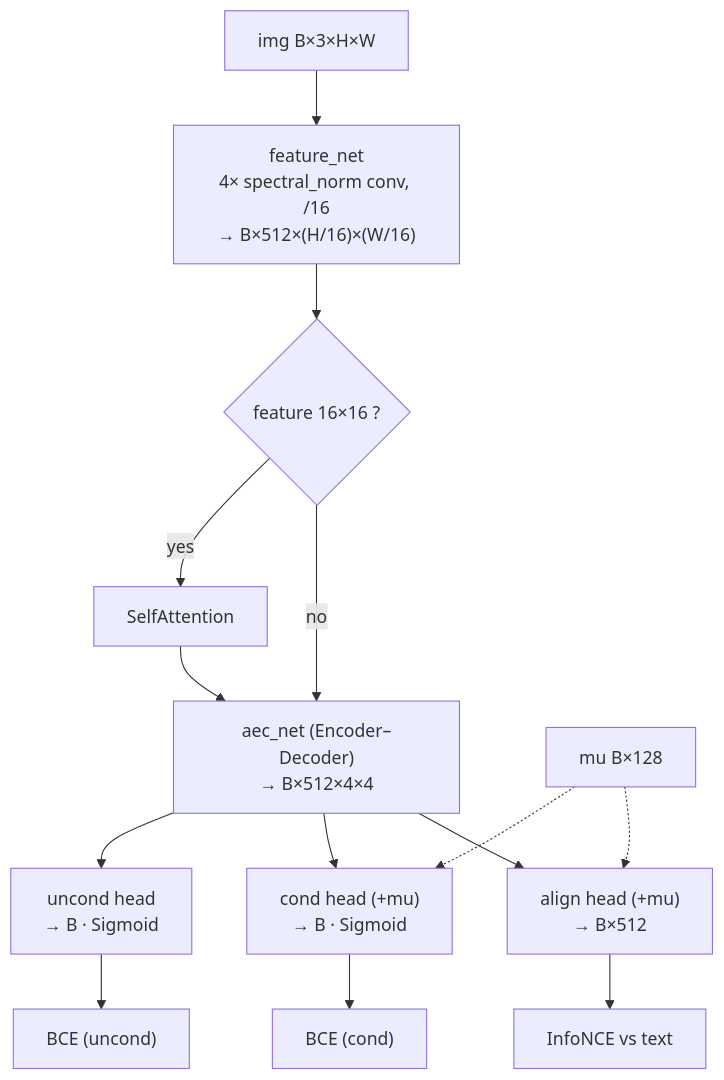
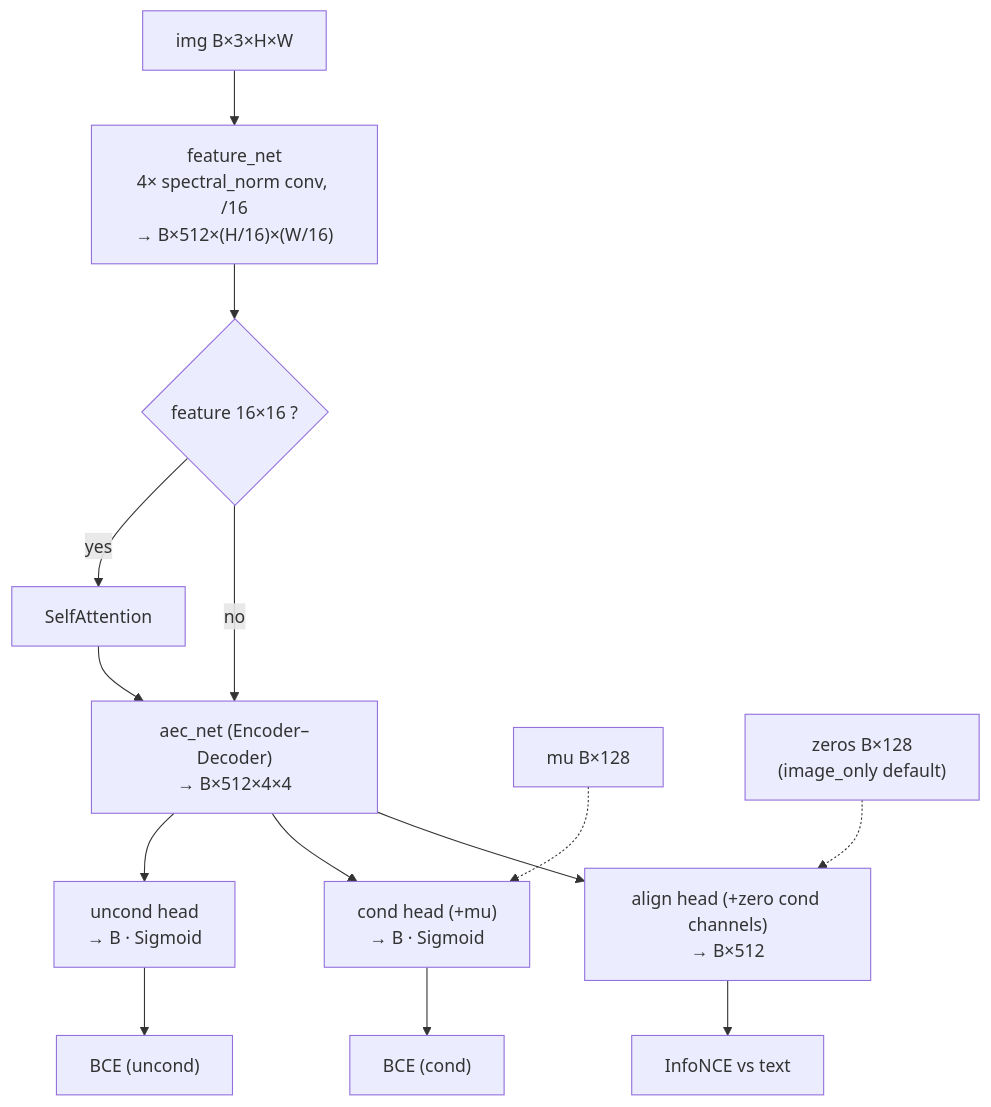
Before and after one commit to youngunghan/MS-CLIP-GAN-Multi-Stage-Text-to-Image-Generation-with-CLIP-Guided-Synthesis: the fifth of 6 diagrams in docs/explanation/architecture.md, drawn with Mermaid. The commit also changed other lines of this file and 58 other files, not shown here.

````diff
--- a/docs/explanation/architecture.md
+++ b/docs/explanation/architecture.md
@@ -118,16 +120,16 @@
 ```mermaid
 flowchart TD
     IMG["img B×3×H×W"] --> FN["feature_net<br/>4× spectral_norm conv, /16<br/>→ B×512×(H/16)×(W/16)"]
     FN --> SA{"feature 16×16 ?"}
     SA -->|yes| ATT["SelfAttention"]
     SA -->|no| AEC
     ATT --> AEC["aec_net (Encoder–Decoder)<br/>→ B×512×4×4"]
     MU["mu B×128"] -.-> CO
-    MU -.-> AL
+    ZERO["zeros B×128<br/>(image_only default)"] -.-> AL
     AEC --> UN["uncond head<br/>→ B · Sigmoid"]
     AEC --> CO["cond head (+mu)<br/>→ B · Sigmoid"]
-    AEC --> AL["align head (+mu)<br/>→ B×512"]
+    AEC --> AL["align head (+zero cond channels)<br/>→ B×512"]
     UN --> O1["BCE (uncond)"]
     CO --> O2["BCE (cond)"]
     AL --> O3["InfoNCE vs text"]
 ```
````
